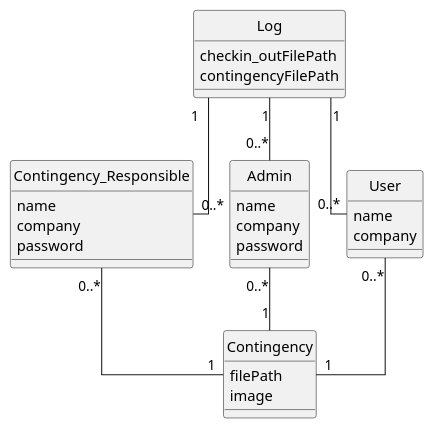
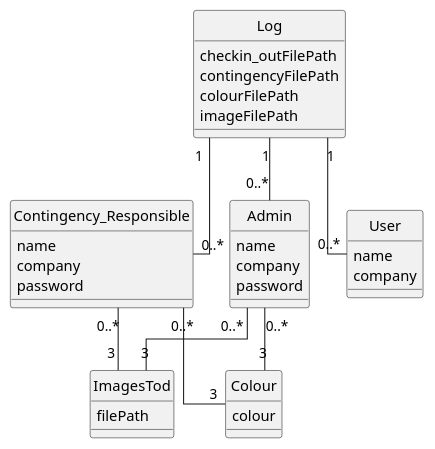
Before and after one commit to ToothbrushPenguin/DM-GettingReal-1.Semester: the diagram in Diagrams/DomainModel.plantuml, drawn with PlantUML.

Commit message:
opdaterede diagrammer

```diff
--- a/Diagrams/DomainModel.plantuml
+++ b/Diagrams/DomainModel.plantuml
@@ -1,49 +1,59 @@
 @startuml
 
 skinparam classAttributeIconSize 0
 skinparam style strictuml
 skinparam linetype ortho
 
 ' Place Log at the top
 class Log {
     checkin_outFilePath
     contingencyFilePath
+    colourFilePath
+    imageFilePath
 }
 
 ' Group the user classes
 together {
     class User {
         name
         company
     }
 
     class Admin {
         name
         company
         password
     }
 
     class Contingency_Responsible {
         name
         company
         password
     }
 }
 
 ' Place Contingency at the bottom
-class Contingency {
+class ImagesTod {
     filePath
-    image
+    
+}
+class Colour{
+colour
 }
 
 ' Connect to Log at top
 User "0..*" -up- "1" Log
 Admin "0..*" -up- "1" Log
 Contingency_Responsible "0..*" -up- "1" Log
 
 ' Connect to Contingency at bottom
-User "0..*" -down- "1" Contingency
-Admin "0..*" -down- "1" Contingency
-Contingency_Responsible "0..*" -down- "1" Contingency
+Contingency_Responsible "0..*" -down- "3" ImagesTod
+Admin "0..*" -down- "3" ImagesTod
+
+
+Admin "0..*" -down- "3" Colour
+Contingency_Responsible "0..*" -down- "3" Colour
+
+
 
 @enduml
```
